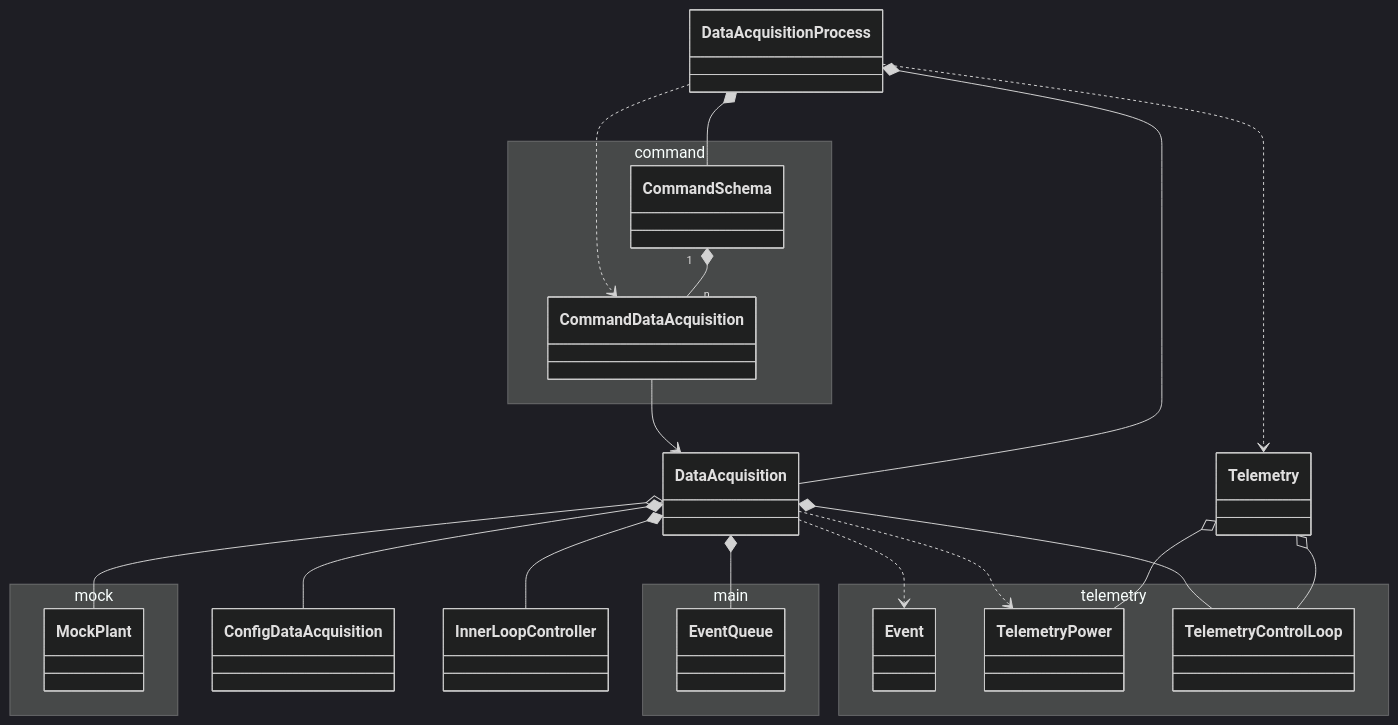
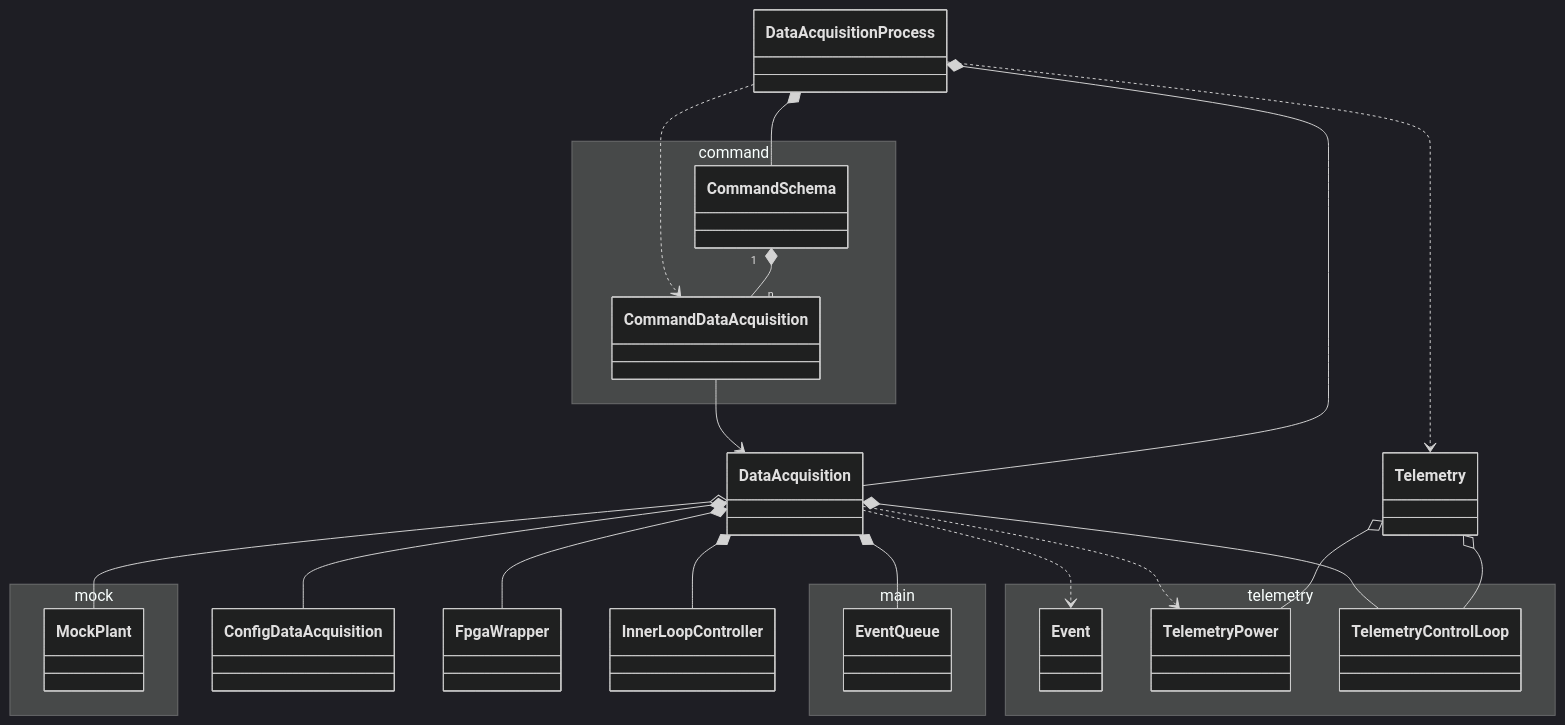
Before and after one commit to lsst-ts/ts_mtm2_controller: the second of 8 diagrams in doc/class_diagram.md, drawn with Mermaid (dark theme).

````diff
--- a/doc/class_diagram.md
+++ b/doc/class_diagram.md
@@ -107,42 +107,43 @@
 ```mermaid
 classDiagram
 
 namespace main {
   class EventQueue
 }
 
 namespace mock {
   class MockPlant
 }
 
 namespace telemetry {
   class Event
   class TelemetryPower
   class TelemetryControlLoop
 }
 
 Telemetry o-- TelemetryPower
 Telemetry o-- TelemetryControlLoop
 
 namespace command {
   class CommandSchema
   class CommandDataAcquisition
 }
 
 CommandSchema "1" *-- "n" CommandDataAcquisition
 
 DataAcquisitionProcess *-- DataAcquisition
 DataAcquisitionProcess *-- CommandSchema
 DataAcquisitionProcess ..> CommandDataAcquisition
 DataAcquisitionProcess ..> Telemetry
 
 CommandDataAcquisition --> DataAcquisition
 
 DataAcquisition *-- ConfigDataAcquisition
+DataAcquisition *-- FpgaWrapper
 DataAcquisition o-- MockPlant
 DataAcquisition *-- EventQueue
 DataAcquisition *-- InnerLoopController
 DataAcquisition *-- TelemetryControlLoop
 DataAcquisition ..> Event
 DataAcquisition ..> TelemetryPower
 ```
````
